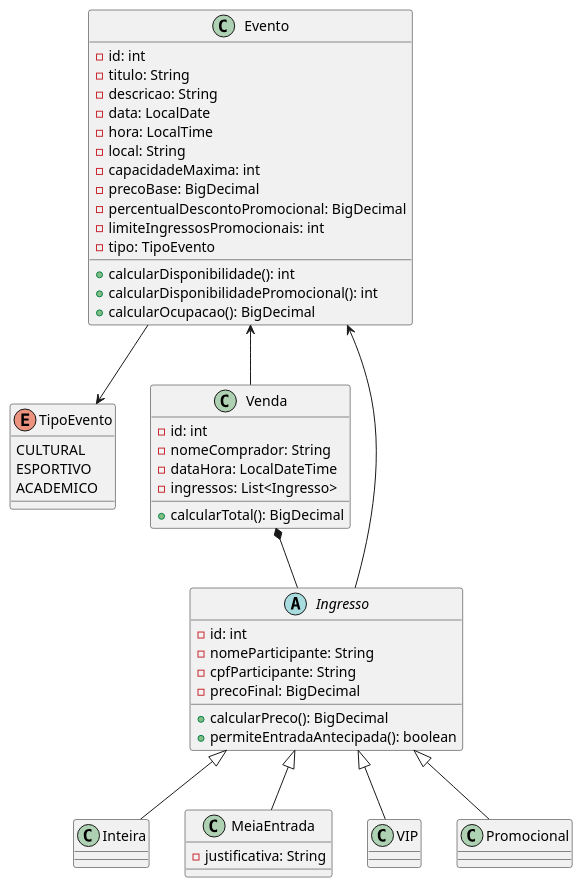
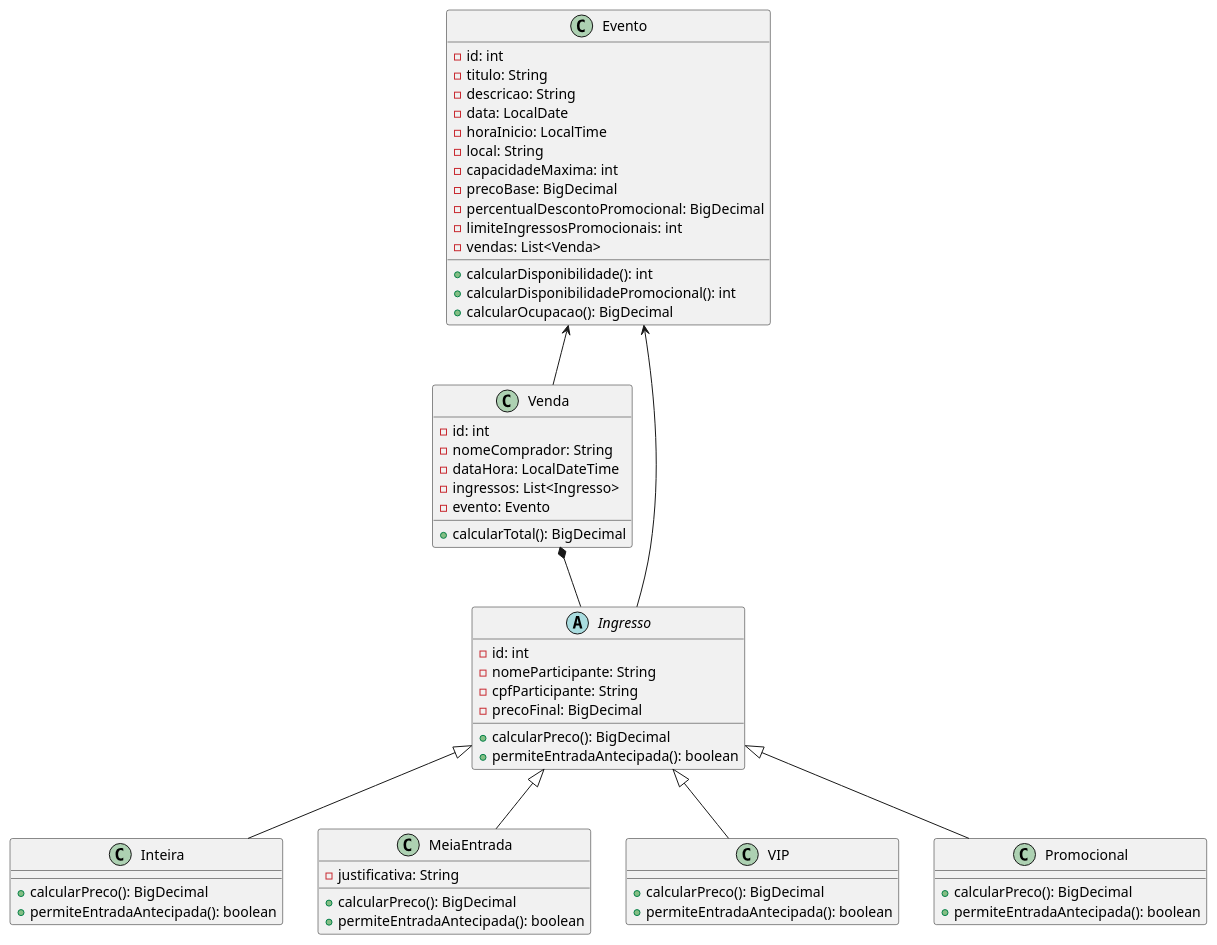
One commit to felipemnetto/SistemaDeGerenciamentoDeEventos changed the diagram in SistemaDeGerenciamentoDeEventos/Diagrama.puml. Above: the diagram before and after it, drawn with PlantUML.

Commit message:
Diagrama de Classes

```diff
--- a/SistemaDeGerenciamentoDeEventos/Diagrama.puml
+++ b/SistemaDeGerenciamentoDeEventos/Diagrama.puml
@@ -1,62 +1,67 @@
 @startuml Diagrama
 
 class Evento {
     -id: int
     -titulo: String
     -descricao: String
     -data: LocalDate
-    -hora: LocalTime
+    -horaInicio: LocalTime
     -local: String
     -capacidadeMaxima: int
     -precoBase: BigDecimal
     -percentualDescontoPromocional: BigDecimal
     -limiteIngressosPromocionais: int
-    -tipo: TipoEvento
+    -vendas: List<Venda>
     +calcularDisponibilidade(): int
     +calcularDisponibilidadePromocional(): int
     +calcularOcupacao(): BigDecimal
-}
-
-enum TipoEvento {
-    CULTURAL
-    ESPORTIVO
-    ACADEMICO
 }
 
 class Venda {
     -id: int
     -nomeComprador: String
     -dataHora: LocalDateTime
     -ingressos: List<Ingresso>
+    -evento: Evento
     +calcularTotal(): BigDecimal
 }
 
 abstract class Ingresso {
     -id: int
     -nomeParticipante: String
     -cpfParticipante: String
     -precoFinal: BigDecimal
     +calcularPreco(): BigDecimal
     +permiteEntradaAntecipada(): boolean
 }
 
-class Inteira
+class Inteira{
+    +calcularPreco(): BigDecimal
+    +permiteEntradaAntecipada(): boolean
+}
 
 class MeiaEntrada {
     -justificativa: String
+    +calcularPreco(): BigDecimal
+    +permiteEntradaAntecipada(): boolean
 }
 
-class VIP
-class Promocional
+class VIP{
+    +calcularPreco(): BigDecimal
+    +permiteEntradaAntecipada(): boolean
+}
+class Promocional{
+    +calcularPreco(): BigDecimal
+    +permiteEntradaAntecipada(): boolean
+}
 
-Evento --> TipoEvento
 Evento <-- Venda
 Venda *-- Ingresso
 Ingresso --> Evento
 
 Ingresso <|-- Inteira
 Ingresso <|-- MeiaEntrada
 Ingresso <|-- VIP
 Ingresso <|-- Promocional
 
 @enduml
```
